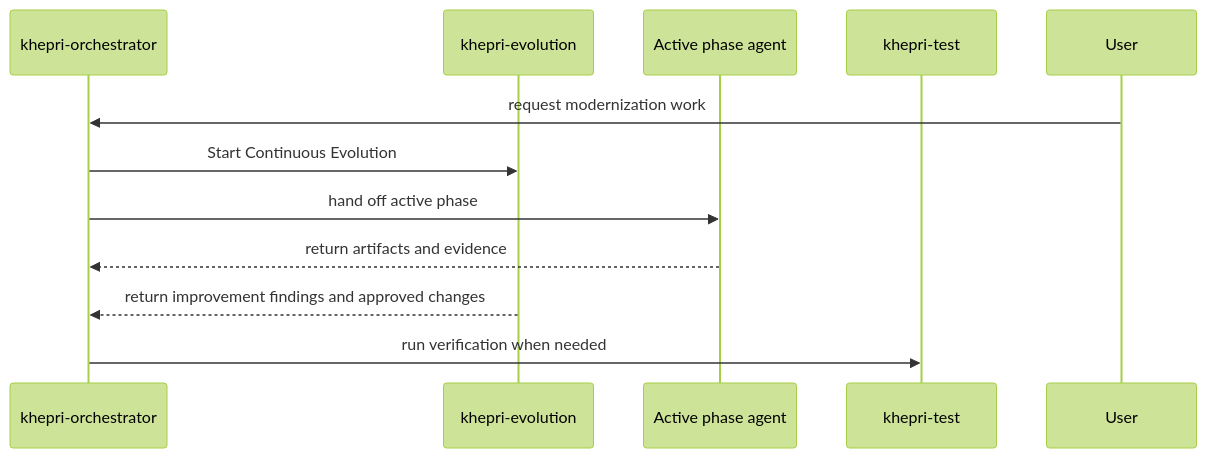
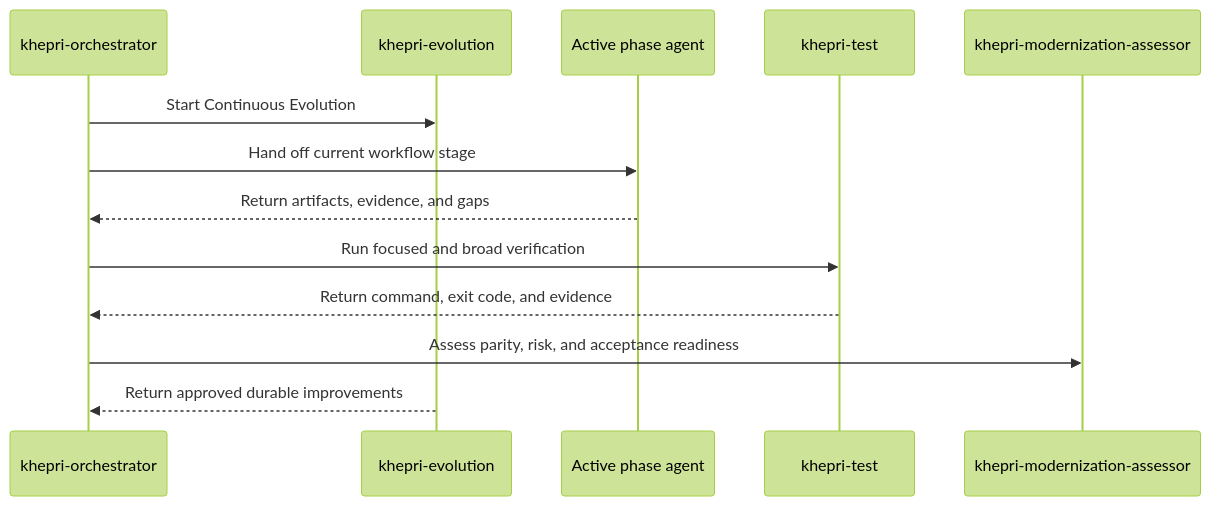
The second of 2 diagrams in docs/agents/README.md (Tyler-R-Kendrick/project-khepri), drawn with Mermaid (forest theme) before and after one commit. The commit also changed other lines of this file and 26 other files, not shown here.

First line of the commit message:
Keep architecture docs current

````diff
--- a/docs/agents/README.md
+++ b/docs/agents/README.md
@@ -41,15 +58,16 @@
 ```mermaid
 sequenceDiagram
     participant orch as khepri-orchestrator
     participant evo as khepri-evolution
     participant phase as Active phase agent
     participant test as khepri-test
-    participant user as User
+    participant assess as khepri-modernization-assessor
 
-    user->>orch: request modernization work
     orch->>evo: Start Continuous Evolution
-    orch->>phase: hand off active phase
-    phase-->>orch: return artifacts and evidence
-    evo-->>orch: return improvement findings and approved changes
-    orch->>test: run verification when needed
+    orch->>phase: Hand off current workflow stage
+    phase-->>orch: Return artifacts, evidence, and gaps
+    orch->>test: Run focused and broad verification
+    test-->>orch: Return command, exit code, and evidence
+    orch->>assess: Assess parity, risk, and acceptance readiness
+    evo-->>orch: Return approved durable improvements
 ```
````
